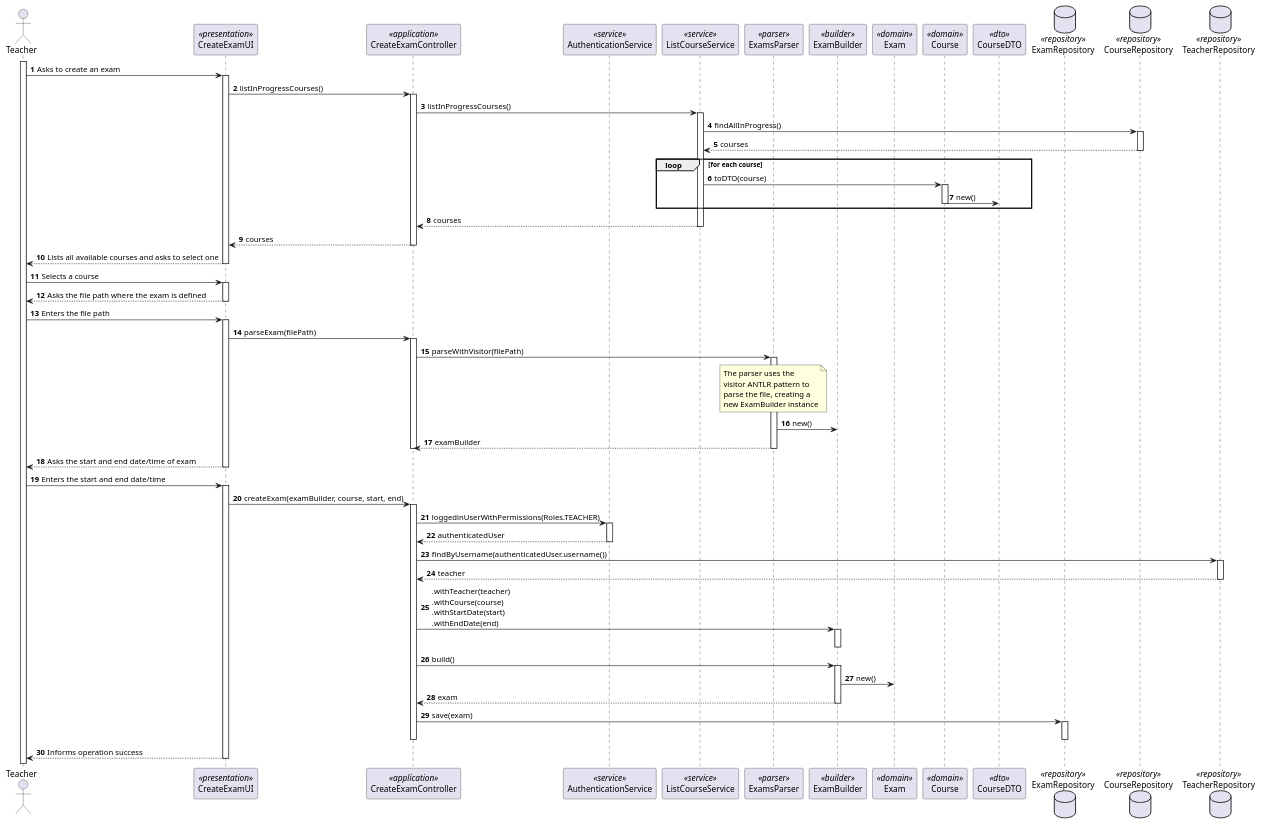
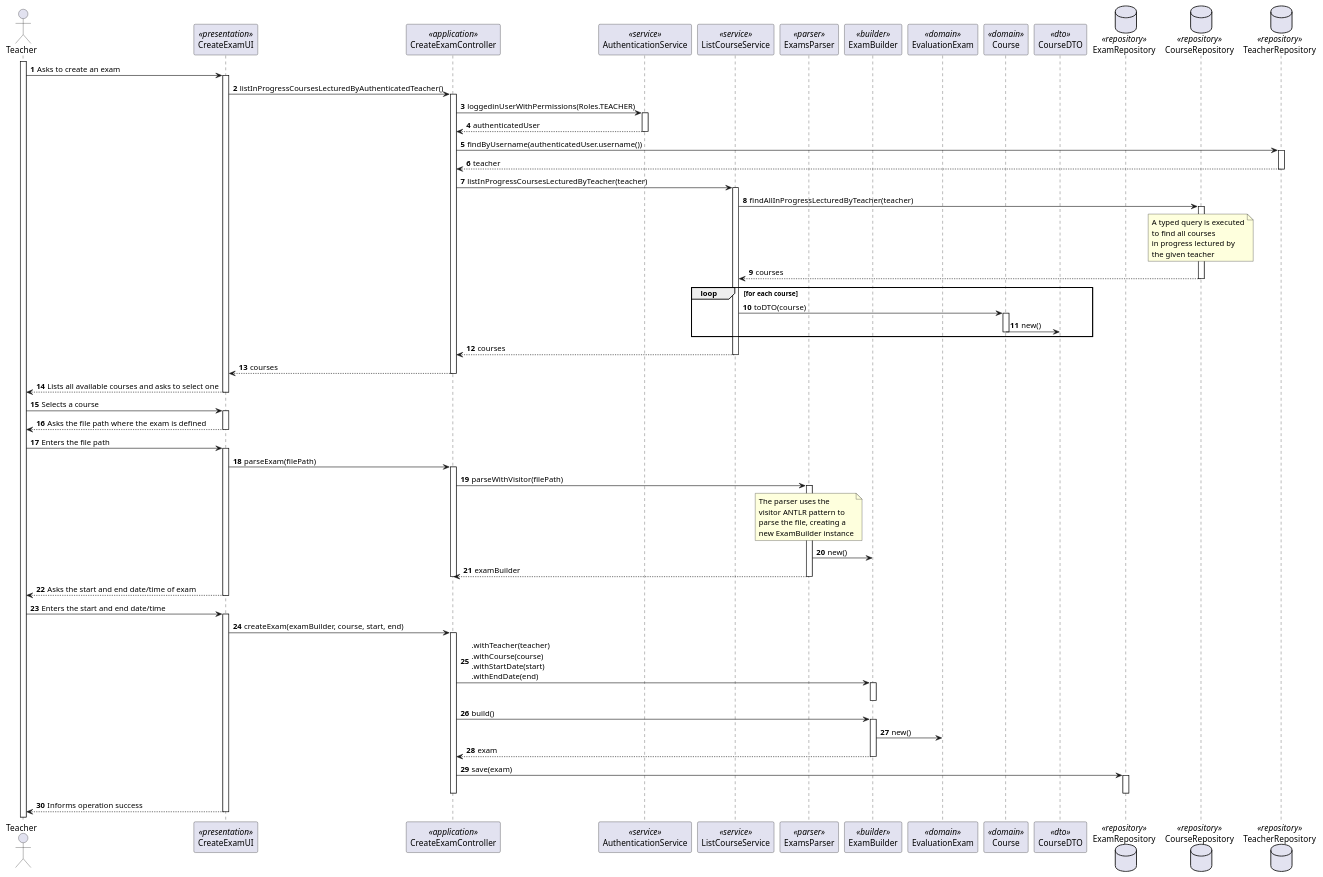
The diagram in docs/sprint-b/us19-2001/US2001_SD.puml (miseEnPlace-dev/lapr4), drawn with PlantUML before and after one commit. The commit also changed 8 other files, not shown here.

```diff
--- a/docs/sprint-b/us19-2001/US2001_SD.puml
+++ b/docs/sprint-b/us19-2001/US2001_SD.puml
@@ -1,122 +1,128 @@
 @startuml US2001_SD
 autonumber
 
 actor "Teacher" as teacher
 
 participant "CreateExamUI" as ui <<presentation>>
 participant "CreateExamController" as controller <<application>>
 participant "AuthenticationService" as auth <<service>>
 participant "ListCourseService" as lcservice <<service>>
 participant "ExamsParser" as parser <<parser>>
 participant "ExamBuilder" as builder <<builder>>
-participant "Exam" as exam <<domain>>
+participant "EvaluationExam" as exam <<domain>>
 participant "Course" as course <<domain>>
 participant "CourseDTO" as coursedto <<dto>>
 
 database ExamRepository as examrepo <<repository>>
 database CourseRepository as courserepo <<repository>>
 database TeacherRepository as teacherrepo <<repository>>
 
 activate teacher
 teacher -> ui : Asks to create an exam
 
 activate ui
-ui -> controller : listInProgressCourses()
+ui -> controller : listInProgressCoursesLecturedByAuthenticatedTeacher()
 
 activate controller
-controller -> lcservice : listInProgressCourses()
+controller -> auth : loggedinUserWithPermissions(Roles.TEACHER)
+
+activate auth
+auth --> controller : authenticatedUser
+deactivate auth
+
+controller -> teacherrepo : findByUsername(authenticatedUser.username())
+
+activate teacherrepo
+teacherrepo --> controller : teacher
+deactivate teacherrepo
+
+controller -> lcservice : listInProgressCoursesLecturedByTeacher(teacher)
 
 activate lcservice
-lcservice -> courserepo : findAllInProgress()
+lcservice -> courserepo : findAllInProgressLecturedByTeacher(teacher)
 
 activate courserepo
+note over courserepo
+A typed query is executed
+to find all courses
+in progress lectured by
+the given teacher
+end note
 courserepo --> lcservice : courses
 deactivate courserepo
 
 loop for each course
   lcservice -> course : toDTO(course)
 
   activate course
   course -> coursedto : new()
   deactivate course
 end loop
 
 lcservice --> controller : courses
 deactivate lcservice
 
 controller --> ui : courses
 deactivate controller
 
 ui --> teacher : Lists all available courses and asks to select one
 deactivate ui
 
 teacher -> ui : Selects a course
 
 activate ui
 ui --> teacher : Asks the file path where the exam is defined
 deactivate ui
 
 teacher -> ui : Enters the file path
 
 activate ui
 ui -> controller : parseExam(filePath)
 
 activate controller
 controller -> parser : parseWithVisitor(filePath)
 
 activate parser
 note over parser
 The parser uses the
 visitor ANTLR pattern to
 parse the file, creating a
 new ExamBuilder instance
 end note
 parser -> builder : new()
 parser --> controller : examBuilder
 deactivate parser
 
 deactivate controller
 
 ui --> teacher : Asks the start and end date/time of exam
 deactivate ui
 
 teacher -> ui : Enters the start and end date/time
 
 activate ui
 ui -> controller : createExam(examBuilder, course, start, end)
 
 activate controller
-controller -> auth : loggedinUserWithPermissions(Roles.TEACHER)
-
-activate auth
-auth --> controller : authenticatedUser
-deactivate auth
-
-controller -> teacherrepo : findByUsername(authenticatedUser.username())
-
-activate teacherrepo
-teacherrepo --> controller : teacher
-deactivate teacherrepo
-
 controller -> builder : .withTeacher(teacher)\n.withCourse(course)\n.withStartDate(start)\n.withEndDate(end)
 activate builder
 deactivate builder
 
 controller -> builder : build()
 
 activate builder
 builder -> exam : new()
 builder --> controller : exam
 deactivate builder
 
 controller -> examrepo : save(exam)
 activate examrepo
 deactivate examrepo
 
 deactivate controller
 
 ui --> teacher : Informs operation success
 
 deactivate ui
 
 @enduml
```
